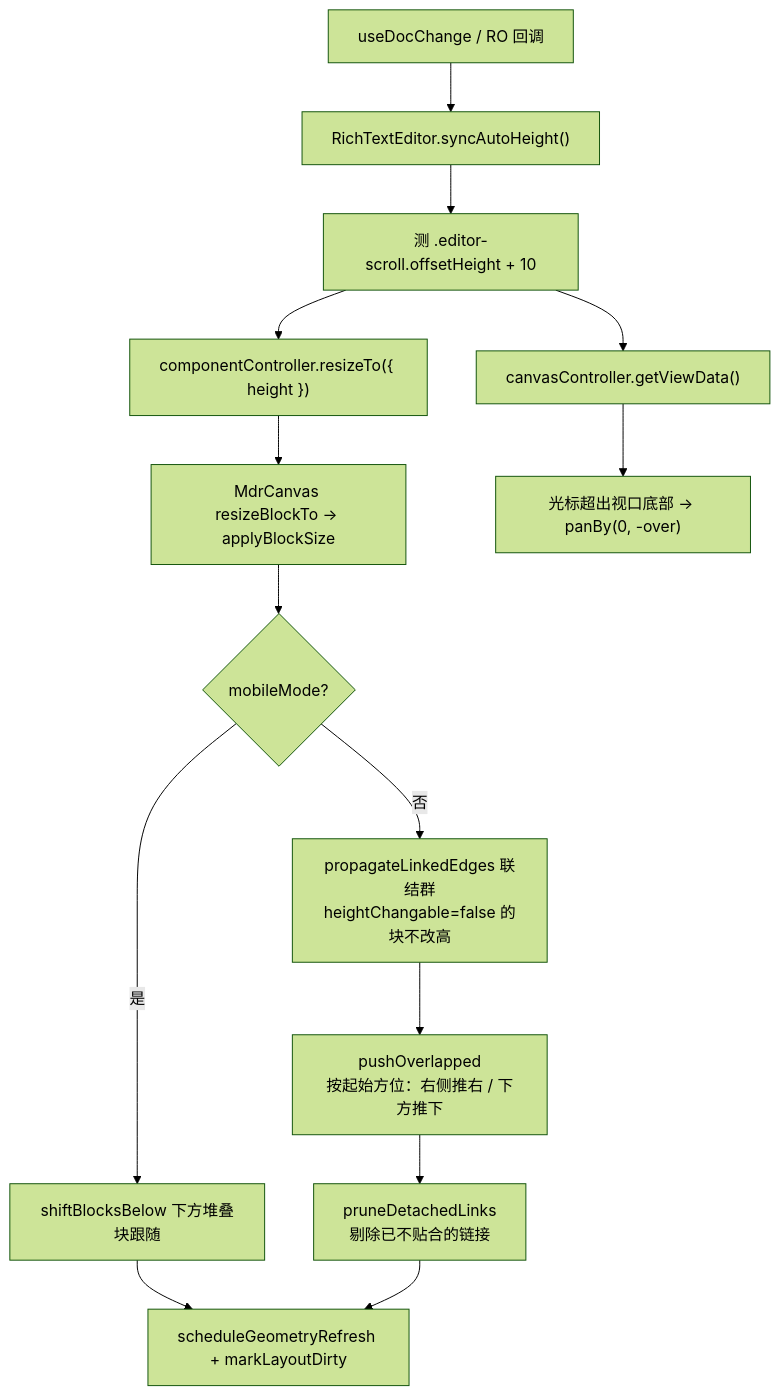
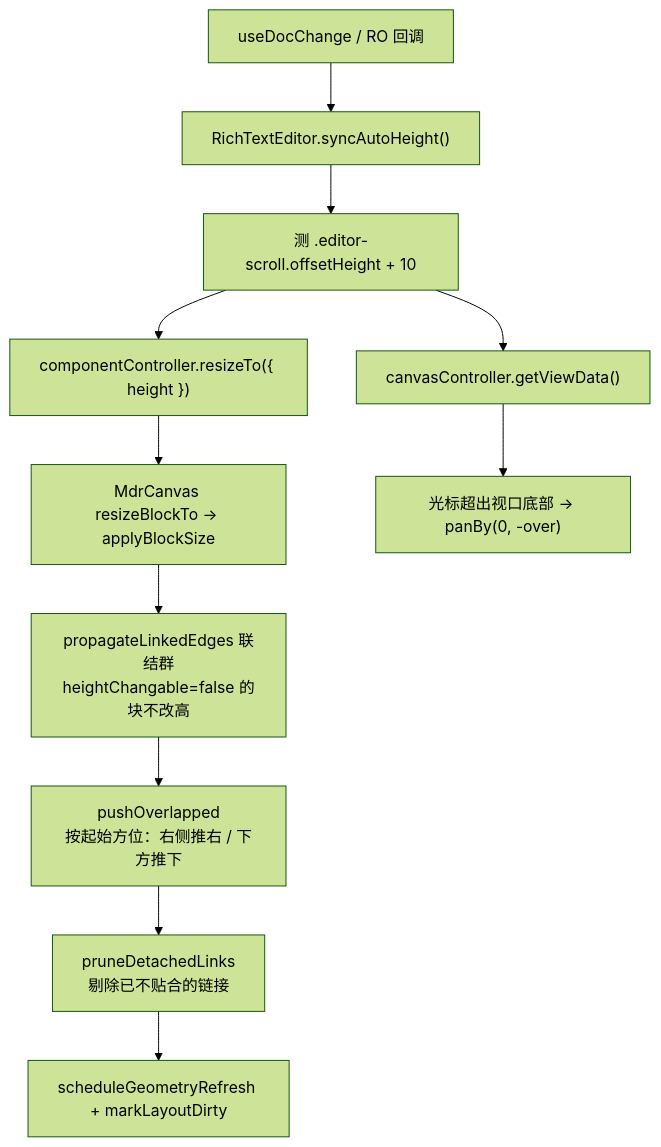
The fifth of 5 diagrams in src/docs/flow/05-block-lifecycle.md (LogicAurora/Mindrizzle), drawn with Mermaid (forest theme) before and after one commit. The commit also changed other lines of this file and 12 other files, not shown here.

````diff
--- a/src/docs/flow/05-block-lifecycle.md
+++ b/src/docs/flow/05-block-lifecycle.md
@@ -90,16 +90,13 @@
 ```mermaid
 flowchart TD
   A["useDocChange / RO 回调"] --> B["RichTextEditor.syncAutoHeight()"]
   B --> C["测 .editor-scroll.offsetHeight + 10"]
   C --> D["componentController.resizeTo({ height })"]
   D --> E["MdrCanvas resizeBlockTo → applyBlockSize"]
-  E --> F{"mobileMode?"}
-  F -->|是| G["shiftBlocksBelow 下方堆叠块跟随"]
-  F -->|否| H["propagateLinkedEdges 联结群<br/>heightChangable=false 的块不改高"]
-  H --> I["pushOverlapped<br/>按起始方位：右侧推右 / 下方推下"]
-  I --> I2["pruneDetachedLinks<br/>剔除已不贴合的链接"]
-  G --> J["scheduleGeometryRefresh + markLayoutDirty"]
-  I2 --> J
-  C --> K["canvasController.getViewData()"]
-  K --> L["光标超出视口底部 → panBy(0, -over)"]
+  E --> F["propagateLinkedEdges 联结群<br/>heightChangable=false 的块不改高"]
+  F --> G["pushOverlapped<br/>按起始方位：右侧推右 / 下方推下"]
+  G --> G2["pruneDetachedLinks<br/>剔除已不贴合的链接"]
+  G2 --> H["scheduleGeometryRefresh + markLayoutDirty"]
+  C --> I["canvasController.getViewData()"]
+  I --> J["光标超出视口底部 → panBy(0, -over)"]
 ```
````
